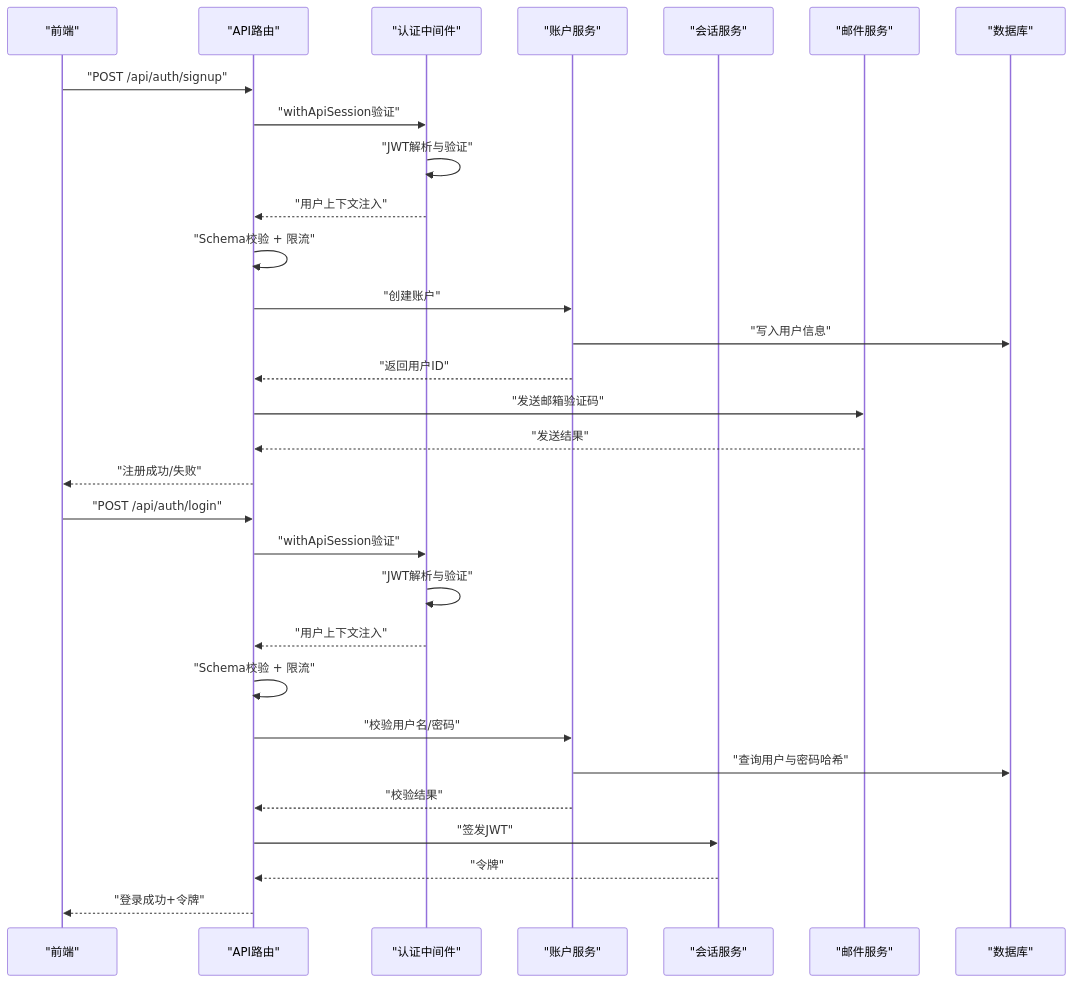
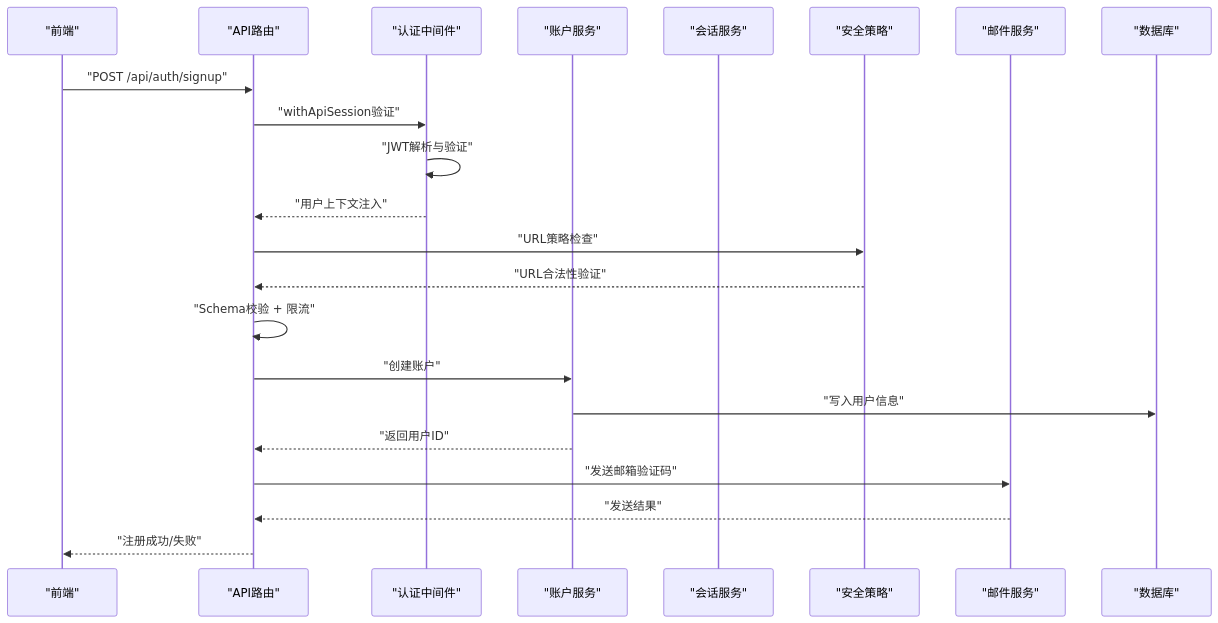
The second of 14 diagrams in .qoder/repowiki/zh/content/后端架构/安全与认证.md (scottcwy/PurpleInk), drawn with Mermaid before and after one commit. The commit also changed other lines of this file and 29 other files, not shown here.

````diff
--- a/.qoder/repowiki/zh/content/后端架构/安全与认证.md
+++ b/.qoder/repowiki/zh/content/后端架构/安全与认证.md
@@ -229,32 +254,24 @@
 ```mermaid
 sequenceDiagram
 participant FE as "前端"
 participant API as "API路由"
 participant Middleware as "认证中间件"
 participant AuthSvc as "账户服务"
 participant Sess as "会话服务"
+participant Security as "安全策略"
 participant Mail as "邮件服务"
 participant DB as "数据库"
 FE->>API : "POST /api/auth/signup"
 API->>Middleware : "withApiSession验证"
 Middleware->>Middleware : "JWT解析与验证"
 Middleware-->>API : "用户上下文注入"
+API->>Security : "URL策略检查"
+Security-->>API : "URL合法性验证"
 API->>API : "Schema校验 + 限流"
 API->>AuthSvc : "创建账户"
 AuthSvc->>DB : "写入用户信息"
 AuthSvc-->>API : "返回用户ID"
 API->>Mail : "发送邮箱验证码"
 Mail-->>API : "发送结果"
 API-->>FE : "注册成功/失败"
-FE->>API : "POST /api/auth/login"
-API->>Middleware : "withApiSession验证"
-Middleware->>Middleware : "JWT解析与验证"
-Middleware-->>API : "用户上下文注入"
-API->>API : "Schema校验 + 限流"
-API->>AuthSvc : "校验用户名/密码"
-AuthSvc->>DB : "查询用户与密码哈希"
-AuthSvc-->>API : "校验结果"
-API->>Sess : "签发JWT"
-Sess-->>API : "令牌"
-API-->>FE : "登录成功+令牌"
 ```
````
